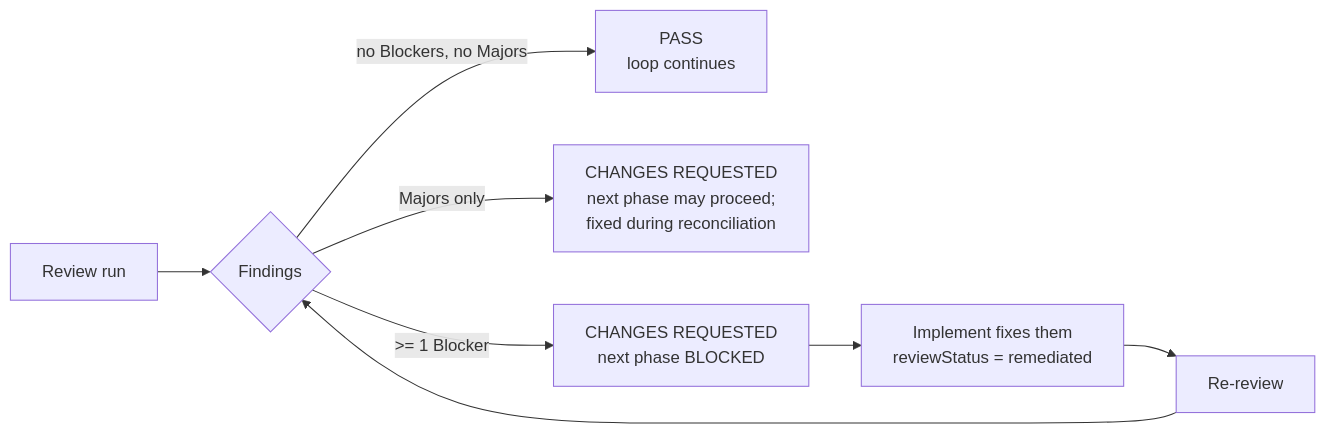
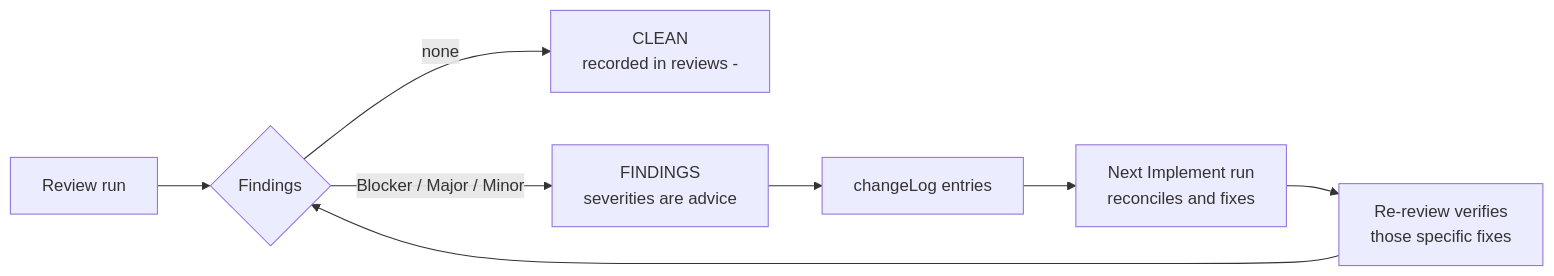
The fourth of 4 diagrams in docs/DESIGN.md (Mabeesha/AppModernizationHarness), drawn with Mermaid before and after one commit. The commit also changed other lines of this file and 11 other files, not shown here.

````diff
--- a/docs/DESIGN.md
+++ b/docs/DESIGN.md
@@ -150,9 +159,9 @@
 ```mermaid
 flowchart LR
     R[Review run] --> V{Findings}
-    V -->|no Blockers, no Majors| P[PASS<br/>loop continues]
-    V -->|Majors only| M[CHANGES REQUESTED<br/>next phase may proceed;<br/>fixed during reconciliation]
-    V -->|>= 1 Blocker| B[CHANGES REQUESTED<br/>next phase BLOCKED]
-    B --> F[Implement fixes them<br/>reviewStatus = remediated]
-    F --> RR[Re-review] --> V
+    V -->|none| C[CLEAN<br/>recorded in reviews - ]
+    V -->|Blocker / Major / Minor| F[FINDINGS<br/>severities are advice]
+    F --> CL[changeLog entries]
+    CL --> I[Next Implement run<br/>reconciles and fixes]
+    I --> RR[Re-review verifies<br/>those specific fixes] --> V
 ```
````
